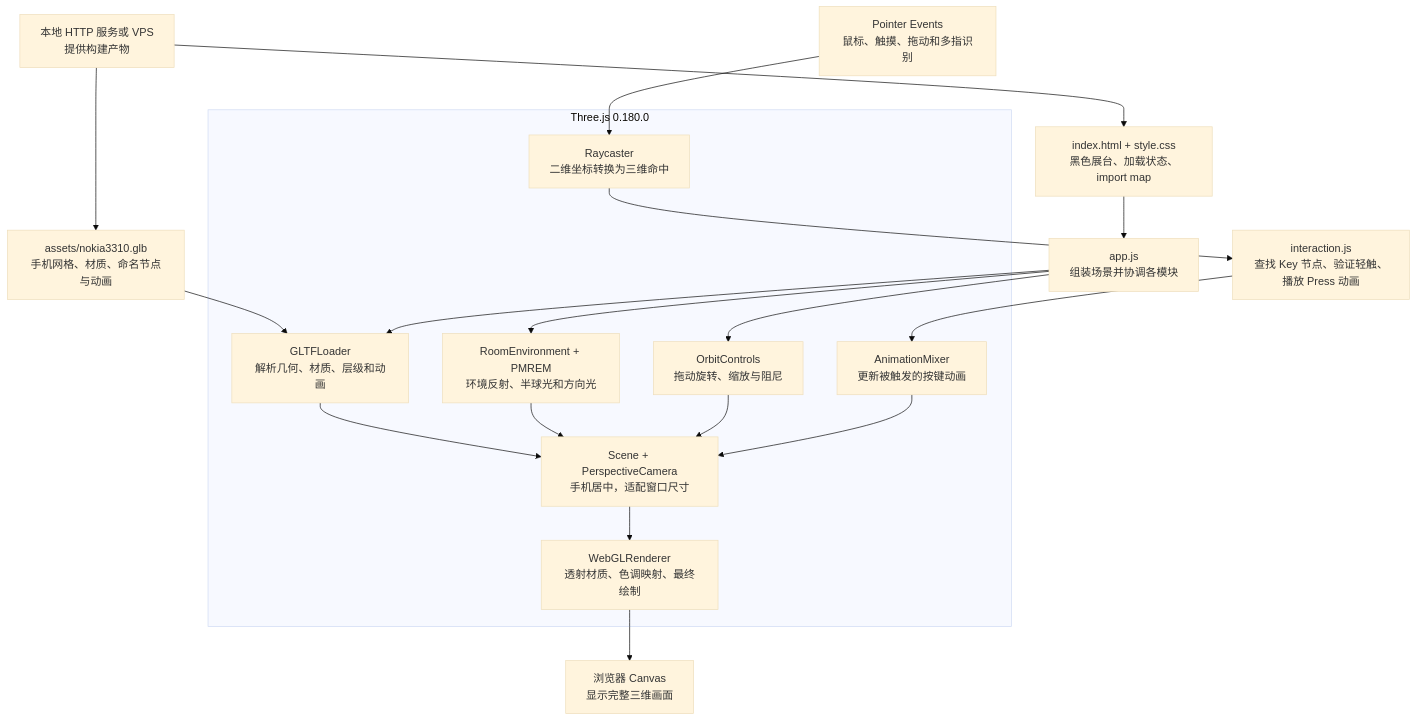
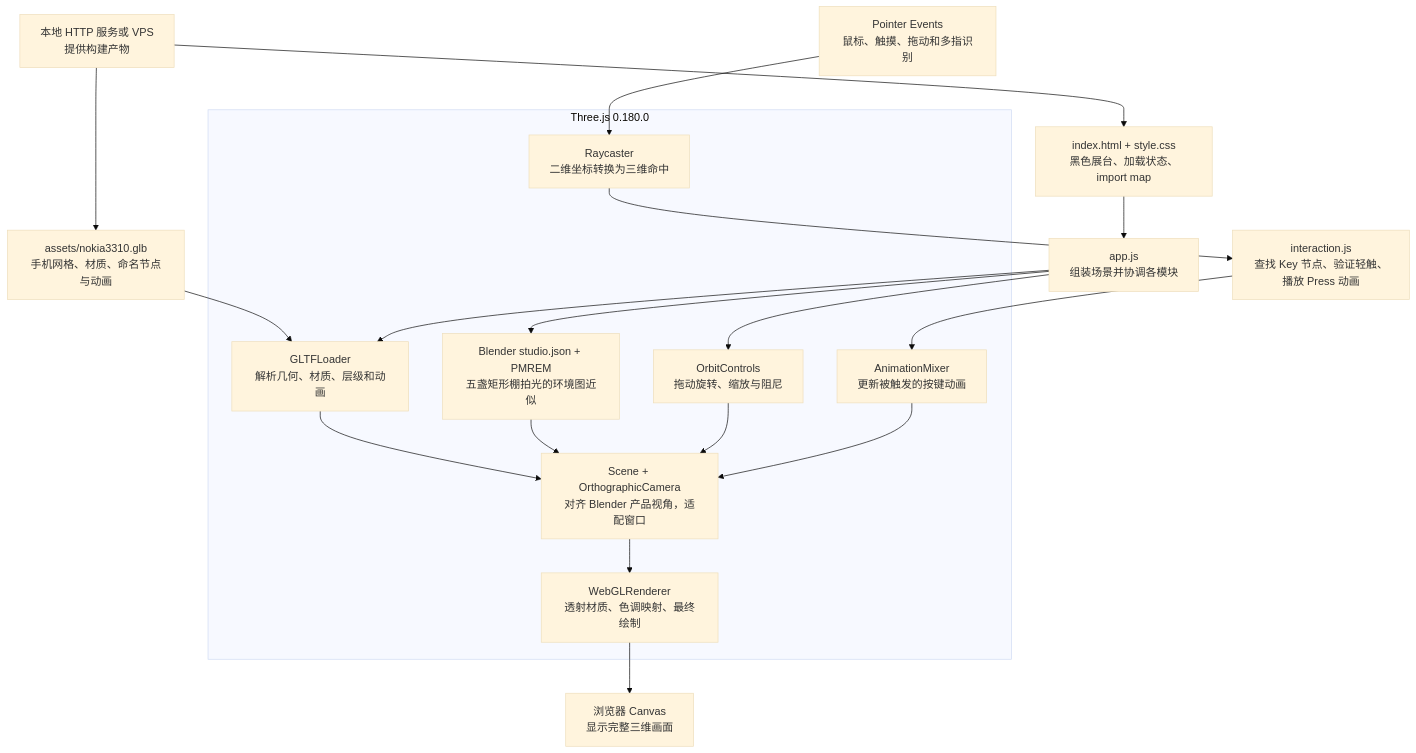
The second of 5 diagrams in README.md (xiaogoulingdi/Nokia3310), drawn with Mermaid (base theme) before and after one commit. The commit also changed other lines of this file and 34 other files, not shown here.

````diff
--- a/README.md
+++ b/README.md
@@ -83,26 +94,26 @@
 ```mermaid
 flowchart TB
     HTTP["本地 HTTP 服务或 VPS<br/>提供构建产物"]
     HTML["index.html + style.css<br/>黑色展台、加载状态、import map"]
     Entry["app.js<br/>组装场景并协调各模块"]
     subgraph Three["Three.js 0.180.0"]
         Loader["GLTFLoader<br/>解析几何、材质、层级和动画"]
-        Scene["Scene + PerspectiveCamera<br/>手机居中，适配窗口尺寸"]
-        Lights["RoomEnvironment + PMREM<br/>环境反射、半球光和方向光"]
+        Scene["Scene + OrthographicCamera<br/>对齐 Blender 产品视角，适配窗口"]
+        Lights["Blender studio.json + PMREM<br/>五盏矩形棚拍光的环境图近似"]
         Controls["OrbitControls<br/>拖动旋转、缩放与阻尼"]
         Ray["Raycaster<br/>二维坐标转换为三维命中"]
         Mixer["AnimationMixer<br/>更新被触发的按键动画"]
         Renderer["WebGLRenderer<br/>透射材质、色调映射、最终绘制"]
     end
     GLB["assets/nokia3310.glb<br/>手机网格、材质、命名节点与动画"]
     Input["Pointer Events<br/>鼠标、触摸、拖动和多指识别"]
     Keys["interaction.js<br/>查找 Key 节点、验证轻触、播放 Press 动画"]
     Screen["浏览器 Canvas<br/>显示完整三维画面"]
     HTTP --> HTML --> Entry
     HTTP --> GLB --> Loader --> Scene
     Entry --> Loader
     Entry --> Lights --> Scene
     Entry --> Controls --> Scene
     Input --> Ray --> Keys --> Mixer --> Scene
     Scene --> Renderer --> Screen
 ```
````
